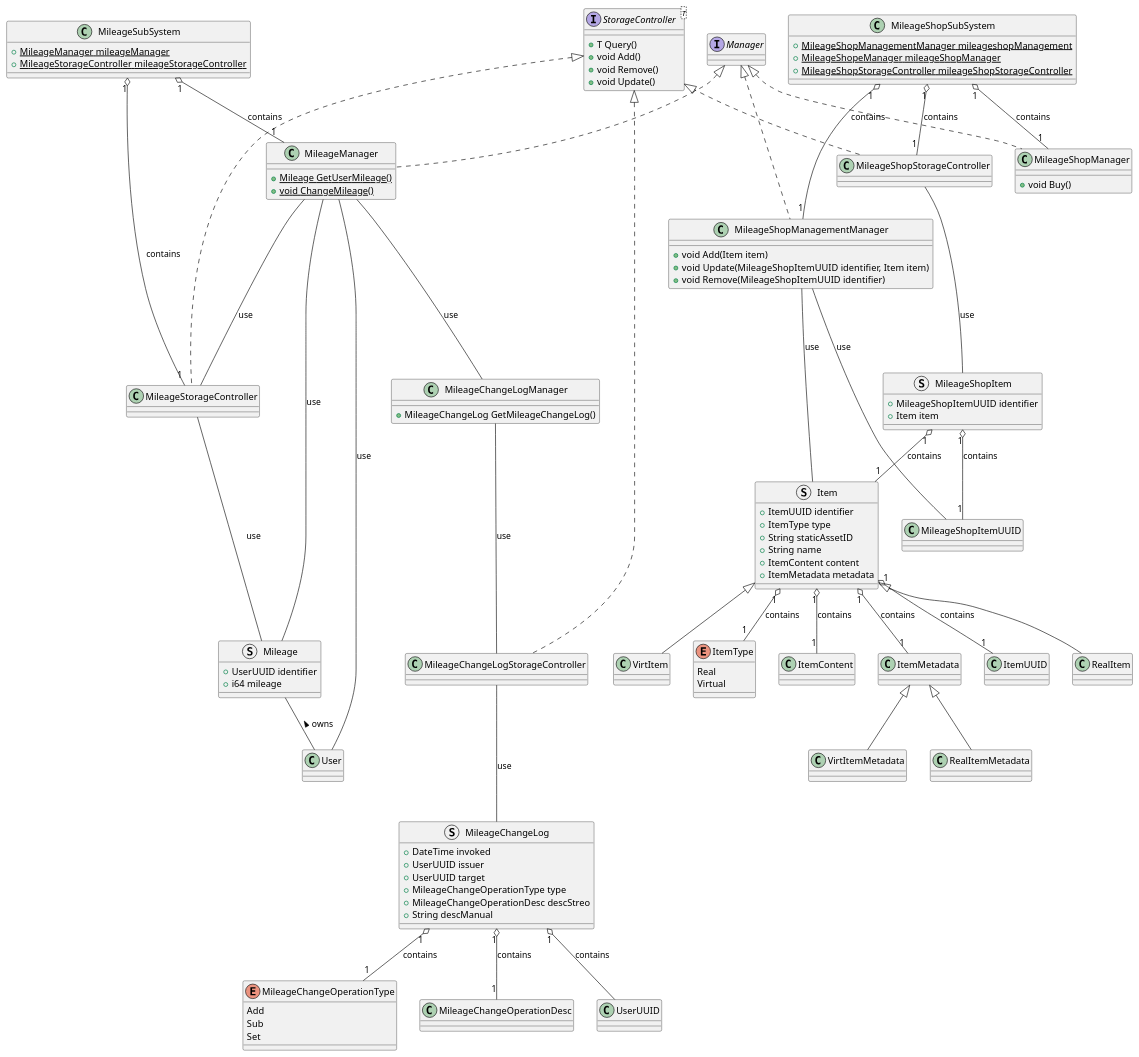
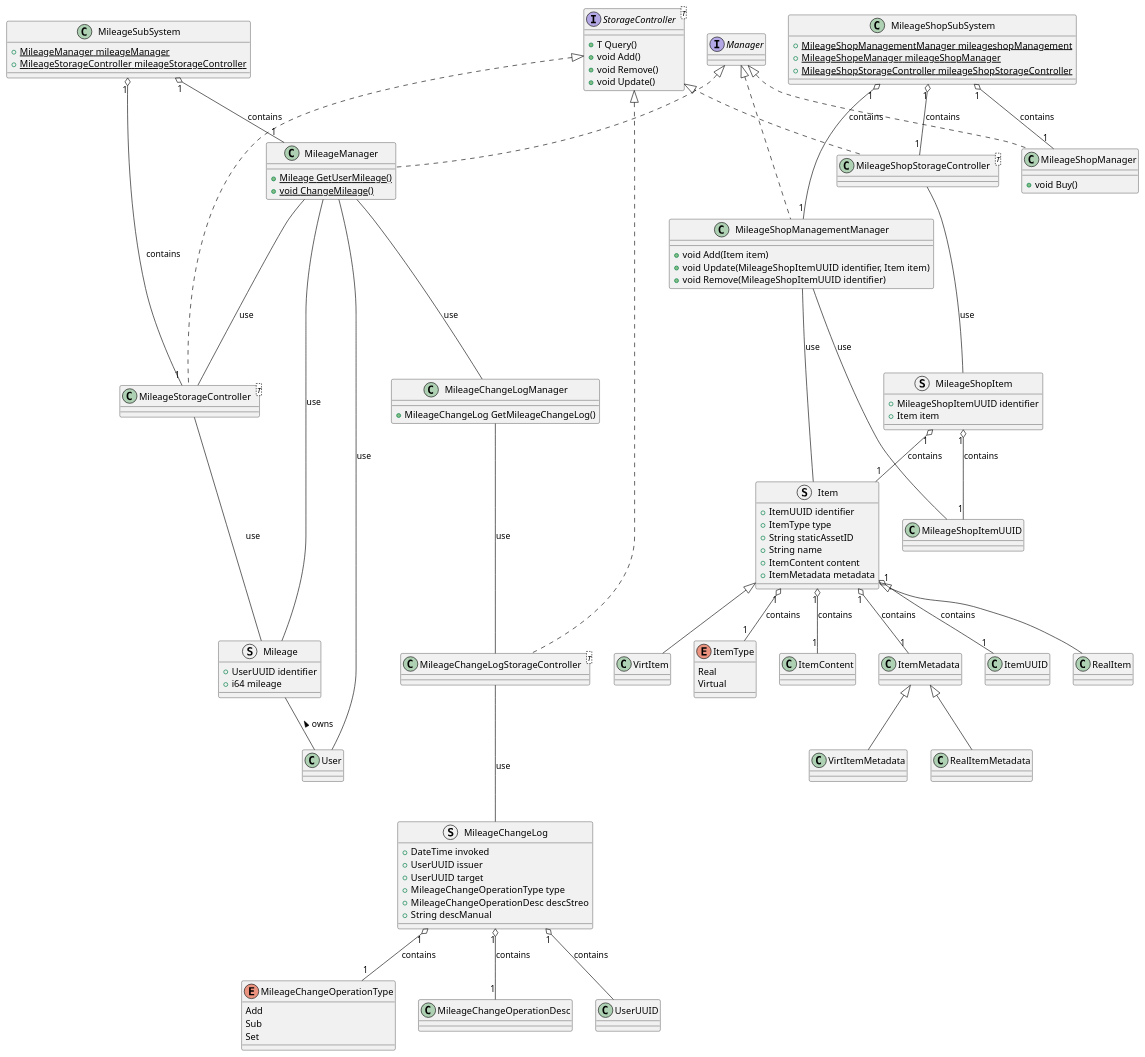
One commit to ShapeLayer/se-lecture-task__project-structure-definitions changed the diagram in src/Mileage.puml. Above: the diagram before and after it, drawn with PlantUML. The commit also changed 15 other files, not shown here.

```diff
--- a/src/Mileage.puml
+++ b/src/Mileage.puml
@@ -1,131 +1,131 @@
 @startuml
 ' Commons
 Interface Manager
 Interface StorageController<T> {
     + T Query()
     + void Add()
     + void Remove()
     + void Update()
 }
 
 enum ItemType {
     Real
     Virtual
 }
 
 class ItemContent {}
 class ItemMetadata {}
 class RealItemMetadata extends ItemMetadata {}
 class VirtItemMetadata extends ItemMetadata {}
 
 struct Item {
     + ItemUUID identifier
     + ItemType type
     + String staticAssetID
     + String name
     + ItemContent content
     + ItemMetadata metadata
 }
 
 Item "1" o-- "1" ItemUUID : contains
 Item "1" o-- "1" ItemType : contains
 Item "1" o-- "1" ItemContent : contains
 Item "1" o-- "1" ItemMetadata : contains
 
 class RealItem extends Item {}
 class VirtItem extends Item {}
 
 struct Mileage {
     + UserUUID identifier
     + i64 mileage
 }
 
 Mileage -- User : < owns
 
 ' Mileage SubSystem
 
 enum MileageChangeOperationType {
     Add
     Sub
     Set
 }
 
 class MileageChangeOperationDesc {}
 
 struct MileageChangeLog {
     + DateTime invoked
     + UserUUID issuer
     + UserUUID target
     + MileageChangeOperationType type
     + MileageChangeOperationDesc descStreo
     + String descManual
 }
 
 MileageChangeLog "1" o-- UserUUID : contains
 MileageChangeLog "1" o-- "1" MileageChangeOperationType : contains
 MileageChangeLog "1" o-- "1" MileageChangeOperationDesc : contains
 
 class MileageManager implements Manager {
     + {static} Mileage GetUserMileage()
     + {static} void ChangeMileage()
 }
 
 MileageManager --- User : use
 MileageManager --- Mileage : use
 MileageManager --- MileageChangeLogManager : use
 MileageManager --- MileageStorageController : use
 
 class MileageChangeLogManager {
     + MileageChangeLog GetMileageChangeLog()
 }
 
 MileageChangeLogManager --- MileageChangeLogStorageController : use
 
-class MileageChangeLogStorageController implements StorageController {}
+class MileageChangeLogStorageController<T> implements StorageController {}
 MileageChangeLogStorageController --- MileageChangeLog : use
 
-class MileageStorageController implements StorageController{}
+class MileageStorageController<T> implements StorageController{}
 MileageStorageController --- Mileage : use
 
 class MileageSubSystem {
     + {static} MileageManager mileageManager
     + {static} MileageStorageController mileageStorageController
 }
 
 MileageSubSystem "1" o-- "1" MileageManager : contains
 MileageSubSystem "1" o-- "1" MileageStorageController : contains
 
 ' MileageShop SubSystem
 struct MileageShopItem {
     + MileageShopItemUUID identifier
     + Item item
 }
 
 MileageShopItem "1" o-- "1" MileageShopItemUUID : contains
 MileageShopItem "1" o-- "1" Item : contains
 
 class MileageShopManager implements Manager {
     + void Buy()
 }
 
 class MileageShopManagementManager implements Manager {
     + void Add(Item item)
     + void Update(MileageShopItemUUID identifier, Item item)
     + void Remove(MileageShopItemUUID identifier)
 }
 
 MileageShopManagementManager --- Item : use
 MileageShopManagementManager --- MileageShopItemUUID : use
 
-class MileageShopStorageController implements StorageController {}
+class MileageShopStorageController<T> implements StorageController {}
 MileageShopStorageController --- MileageShopItem : use
 
 class MileageShopSubSystem {
     + {static} MileageShopManagementManager mileageshopManagement
     + {static} MileageShopeManager mileageShopManager
     + {static} MileageShopStorageController mileageShopStorageController
 }
 MileageShopSubSystem "1" o-- "1" MileageShopManagementManager : contains
 MileageShopSubSystem "1" o-- "1" MileageShopManager : contains
 MileageShopSubSystem "1" o-- "1" MileageShopStorageController : contains
 @enduml
```
